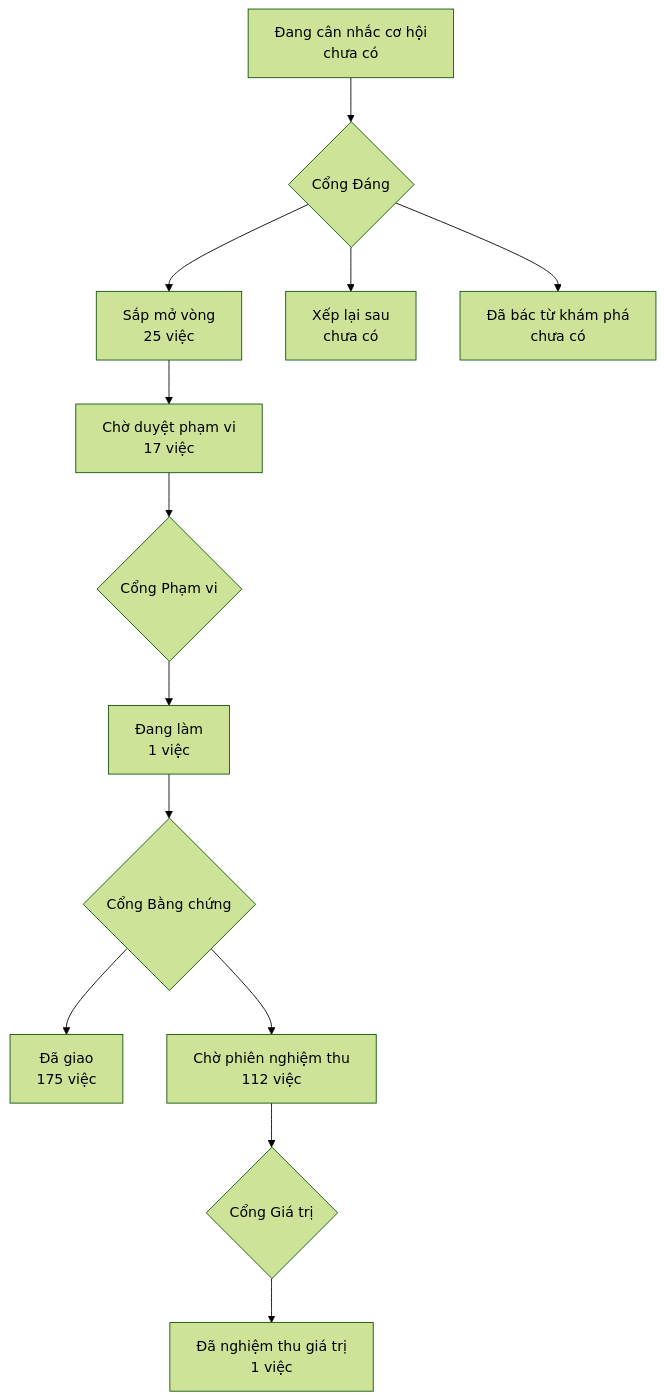
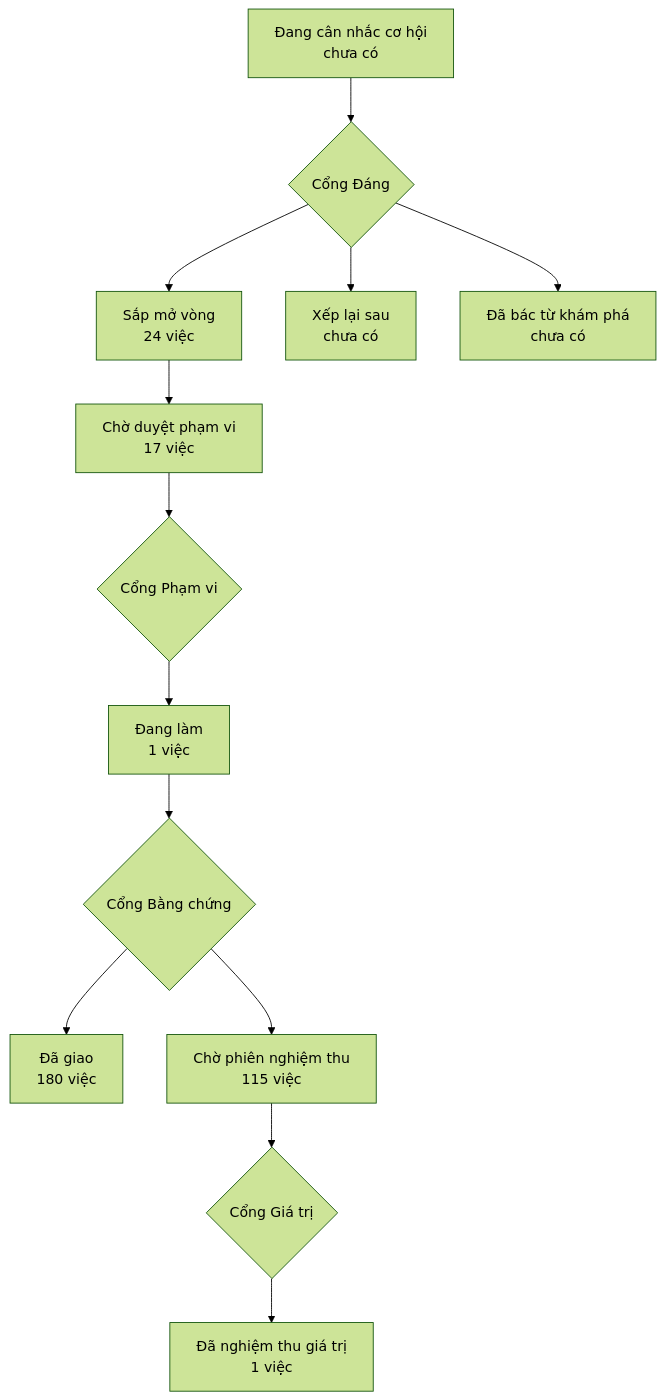
One commit to phanlemanh/onehub-invest changed the diagram in PRODUCT-MAP.md. Above: the diagram before and after it, drawn with Mermaid (forest theme). The commit also changed other lines of this file and 1 other file, not shown here.

````diff
--- a/PRODUCT-MAP.md
+++ b/PRODUCT-MAP.md
@@ -7,12 +7,12 @@
 ```mermaid
 flowchart TD
   A["Đang cân nhắc cơ hội<br/>chưa có"] --> GD{"Cổng Đáng"}
-  GD --> B["Sắp mở vòng<br/>25 việc"]
+  GD --> B["Sắp mở vòng<br/>24 việc"]
   GD --> XL["Xếp lại sau<br/>chưa có"]
   GD --> DB["Đã bác từ khám phá<br/>chưa có"]
   B --> CD["Chờ duyệt phạm vi<br/>17 việc"] --> GP{"Cổng Phạm vi"}
   GP --> DL["Đang làm<br/>1 việc"] --> GB{"Cổng Bằng chứng"}
-  GB --> DG["Đã giao<br/>175 việc"]
-  GB --> CN["Chờ phiên nghiệm thu<br/>112 việc"] --> GG{"Cổng Giá trị"}
+  GB --> DG["Đã giao<br/>180 việc"]
+  GB --> CN["Chờ phiên nghiệm thu<br/>115 việc"] --> GG{"Cổng Giá trị"}
   GG --> NT["Đã nghiệm thu giá trị<br/>1 việc"]
 ```
````
